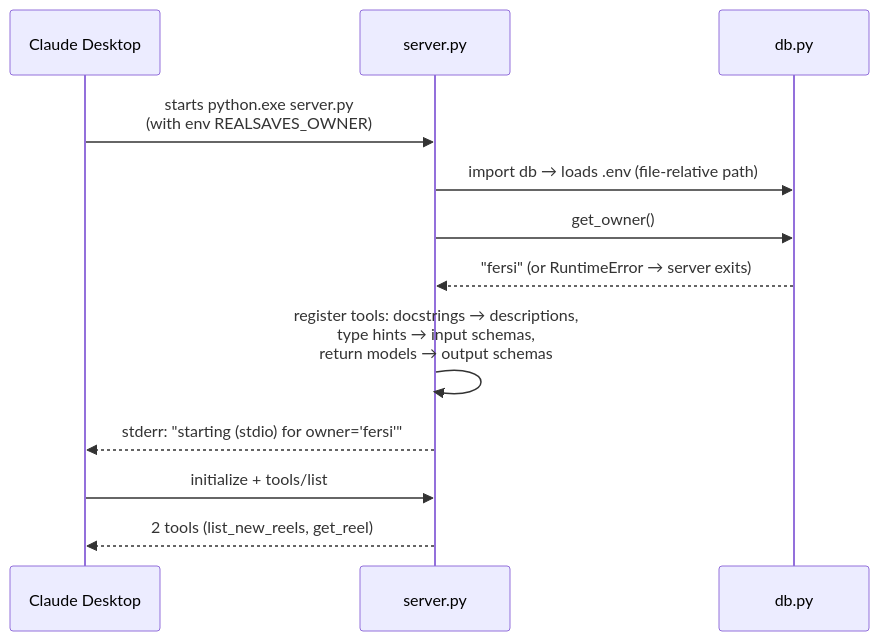
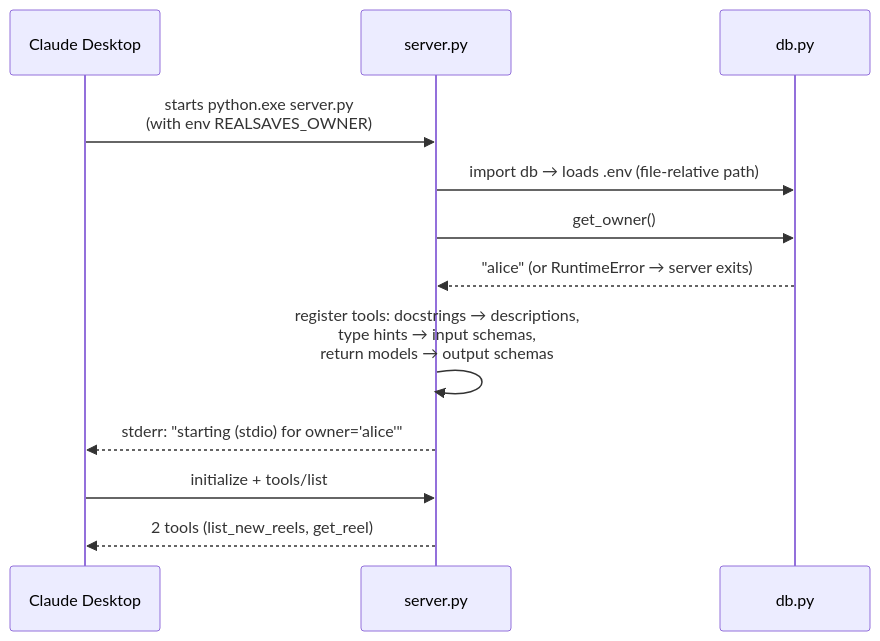
The second of 5 diagrams in mcp_server/EXPLAINED.md (chahinfersi/RealSaves), drawn with Mermaid before and after one commit. The commit also changed 14 other files, not shown here.

````diff
--- a/mcp_server/EXPLAINED.md
+++ b/mcp_server/EXPLAINED.md
@@ -44,15 +44,15 @@
 ```mermaid
 sequenceDiagram
     participant CD as Claude Desktop
     participant S as server.py
     participant DB as db.py
 
     CD->>S: starts python.exe server.py<br/>(with env REALSAVES_OWNER)
     S->>DB: import db → loads .env (file-relative path)
     S->>DB: get_owner()
-    DB-->>S: "fersi"  (or RuntimeError → server exits)
+    DB-->>S: "alice"  (or RuntimeError → server exits)
     S->>S: register tools: docstrings → descriptions,<br/>type hints → input schemas,<br/>return models → output schemas
-    S-->>CD: stderr: "starting (stdio) for owner='fersi'"
+    S-->>CD: stderr: "starting (stdio) for owner='alice'"
     CD->>S: initialize + tools/list
     S-->>CD: 2 tools (list_new_reels, get_reel)
 ```
````
